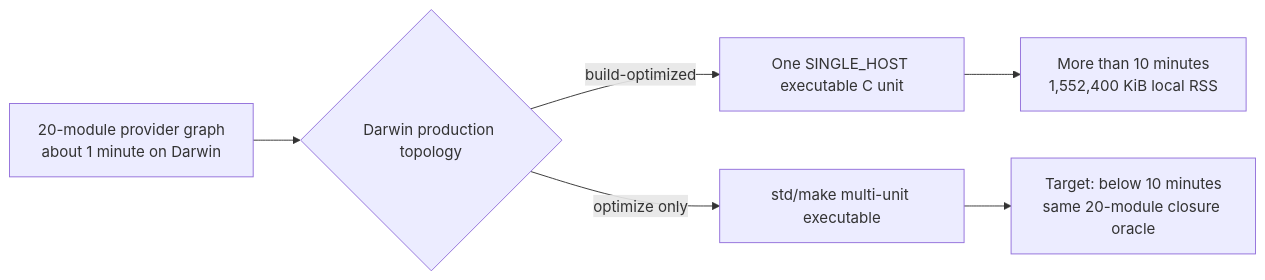
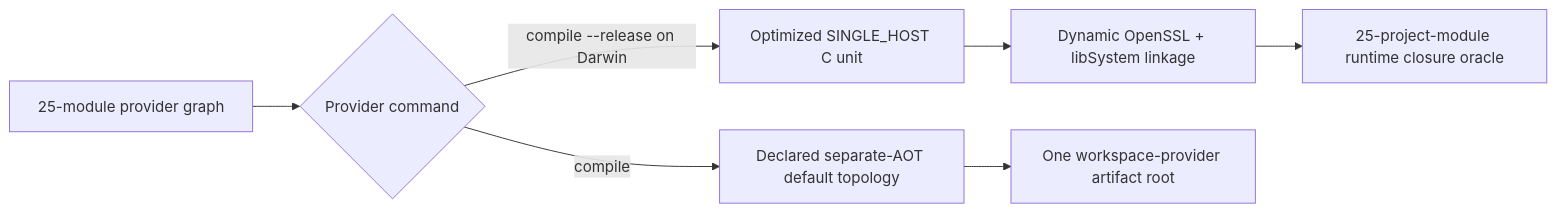
Before and after one commit to tao3k/asp-gerbil-scheme: the fifth of 8 diagrams in docs/30-39-building/31.07-native-gerbil-declarative-boundary.org, drawn with Mermaid. The commit also changed other lines of this file and 356 other files, not shown here.

```diff
--- a/docs/30-39-building/31.07-native-gerbil-declarative-boundary.org
+++ b/docs/30-39-building/31.07-native-gerbil-declarative-boundary.org
@@ -198,8 +195,9 @@
 #+begin_src mermaid
 flowchart LR
-    Graph[20-module provider graph<br/>about 1 minute on Darwin] --> Choice{Darwin production topology}
-    Choice -->|build-optimized| Single[One SINGLE_HOST executable C unit]
-    Single --> Timeout[More than 10 minutes<br/>1,552,400 KiB local RSS]
-    Choice -->|optimize only| Multi[std/make multi-unit executable]
-    Multi --> Gate[Target: below 10 minutes<br/>same 20-module closure oracle]
+    Graph[25-module provider graph] --> Choice{Provider command}
+    Choice -->|compile| Separate[Declared separate-AOT default topology]
+    Choice -->|compile --release on Darwin| Single[Optimized SINGLE_HOST C unit]
+    Single --> Dynamic[Dynamic OpenSSL + libSystem linkage]
+    Separate --> Root[One workspace-provider artifact root]
+    Dynamic --> Oracle[25-project-module runtime closure oracle]
 #+end_src
```
